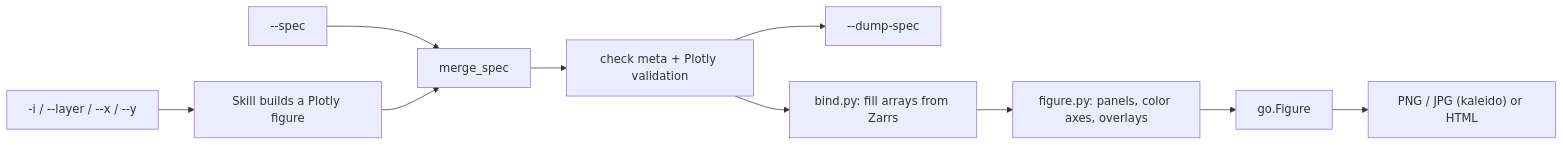
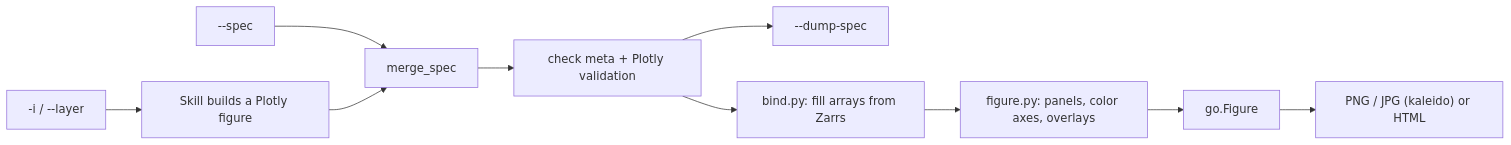
Before and after one commit to rhiza-research/weather-skills-plotting: the diagram in docs/plotting.md, drawn with Mermaid. The commit also changed other lines of this file and 9 other files, not shown here.

````diff
--- a/docs/plotting.md
+++ b/docs/plotting.md
@@ -27,12 +27,12 @@
 ```mermaid
 flowchart LR
-  Files["-i / --layer / --x / --y"] --> Skeleton[Skill builds a Plotly figure]
+  Files["-i / --layer"] --> Skeleton[Skill builds a Plotly figure]
   SpecFlag["--spec"] --> Merge[merge_spec]
   Skeleton --> Merge
   Merge --> Validate[check meta + Plotly validation]
   Validate --> Dump["--dump-spec"]
   Validate --> Bind[bind.py: fill arrays from Zarrs]
   Bind --> Assemble[figure.py: panels, color axes, overlays]
   Assemble --> Fig[go.Figure]
   Fig --> Out["PNG / JPG (kaleido) or HTML"]
 ```
````
